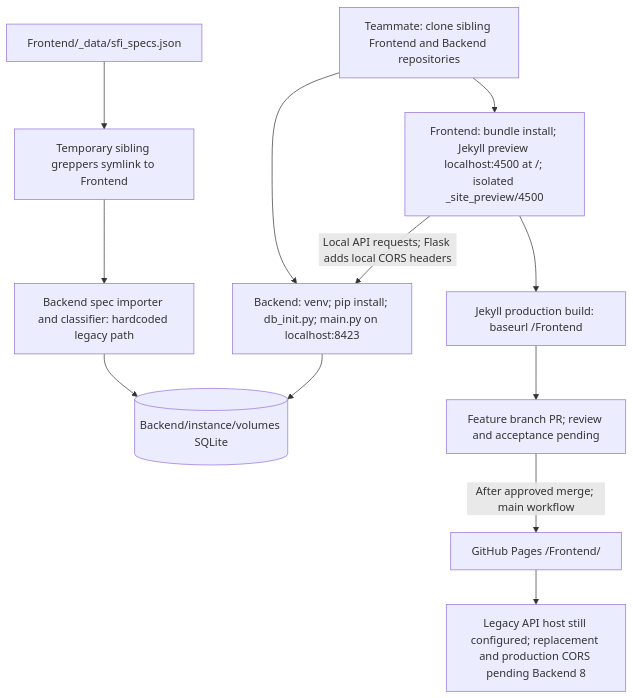
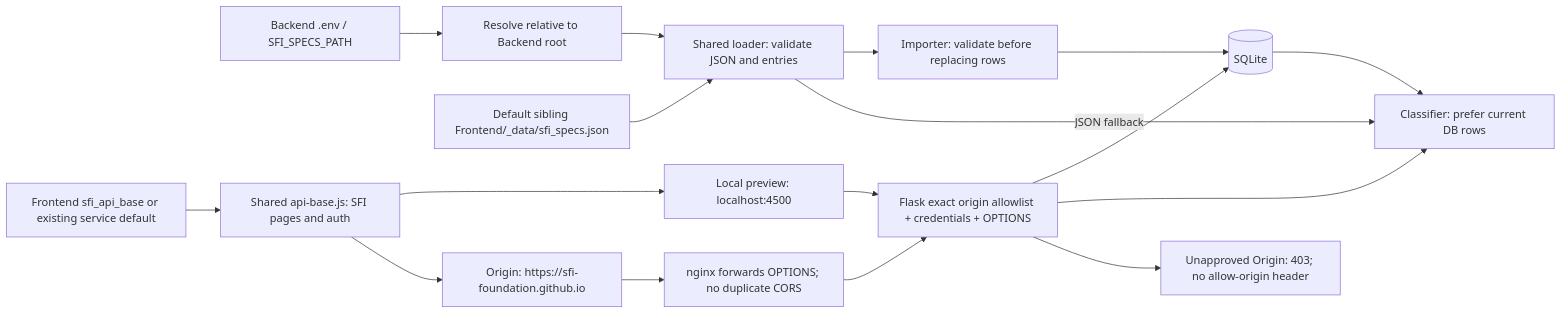
One commit to SFI-Foundation/Frontend changed the diagram in _posts/capstone/2026-10-22-sfi-repo-setup.md. Above: the diagram before and after it, drawn with Mermaid. The commit also changed other lines of this file and 13 other files, not shown here.

Commit message:
Share configurable SFI API base and document verified setup

````diff
--- a/_posts/capstone/2026-10-22-sfi-repo-setup.md
+++ b/_posts/capstone/2026-10-22-sfi-repo-setup.md
@@ -28,14 +29,18 @@
 ```mermaid
-flowchart TD
-    DEV["Teammate: clone sibling Frontend and Backend repositories"] --> FE["Frontend: bundle install; Jekyll preview localhost:4500 at /; isolated _site_preview/4500"]
-    DEV --> BE["Backend: venv; pip install; db_init.py; main.py on localhost:8423"]
-    JSON["Frontend/_data/sfi_specs.json"] --> ALIAS["Temporary sibling greppers symlink to Frontend"]
-    ALIAS --> IMPORT["Backend spec importer and classifier: hardcoded legacy path"]
-    IMPORT --> DB[("Backend/instance/volumes SQLite")]
-    BE --> DB
-    FE -->|"Local API requests; Flask adds local CORS headers"| BE
-    FE --> BUILD["Jekyll production build: baseurl /Frontend"]
-    BUILD --> PR["Feature branch PR; review and acceptance pending"]
-    PR -->|"After approved merge; main workflow"| PAGES["GitHub Pages /Frontend/"]
-    PAGES --> LEGACY["Legacy API host still configured; replacement and production CORS pending Backend 8"]
+flowchart LR
+    ENV["Backend .env / SFI_SPECS_PATH"] --> PATH["Resolve relative to Backend root"]
+    JSON["Default sibling Frontend/_data/sfi_specs.json"] --> LOAD["Shared loader: validate JSON and entries"]
+    PATH --> LOAD
+    LOAD --> IMPORT["Importer: validate before replacing rows"]
+    IMPORT --> DB[("SQLite")]
+    DB --> CLASS["Classifier: prefer current DB rows"]
+    LOAD -->|"JSON fallback"| CLASS
+    CFG["Frontend sfi_api_base or existing service default"] --> JS["Shared api-base.js: SFI pages and auth"]
+    JS --> LOCAL["Local preview: localhost:4500"]
+    JS --> PAGES["Origin: https://sfi-foundation.github.io"]
+    LOCAL --> APP["Flask exact origin allowlist + credentials + OPTIONS"]
+    PAGES --> NGINX["nginx forwards OPTIONS; no duplicate CORS"] --> APP
+    APP --> DB
+    APP --> CLASS
+    APP --> DENY["Unapproved Origin: 403; no allow-origin header"]
 ```
````
